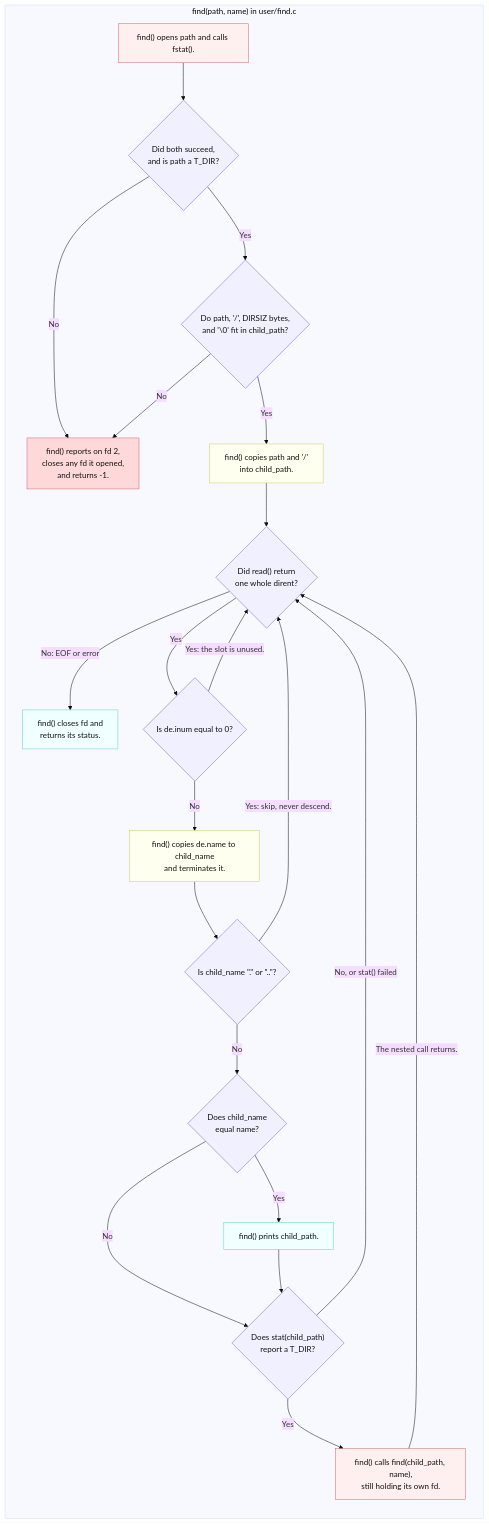
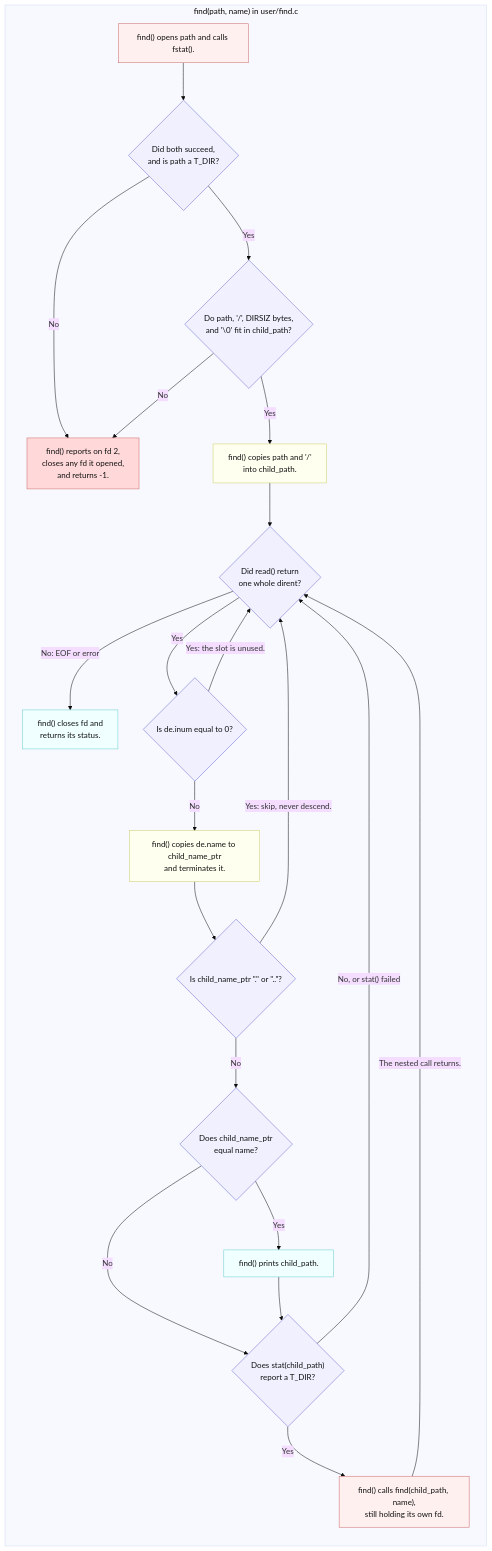
One commit to cv47522/xv6-riscv changed the second of 2 diagrams in docs/labs/04-util-find.md. Above: the diagram before and after it, drawn with Mermaid (base theme). The commit also changed other lines of this file and 3 other files, not shown here.

````diff
--- a/docs/labs/04-util-find.md
+++ b/docs/labs/04-util-find.md
@@ -359,35 +359,35 @@
 ```mermaid
 flowchart TD
     subgraph F["find(path, name) in user/find.c"]
         direction TB
         A["find() opens path and calls fstat()."] --> B{"Did both succeed,<br/>and is path a T_DIR?"}
         B -->|No| X["find() reports on fd 2,<br/>closes any fd it opened,<br/>and returns -1."]
         B -->|Yes| C{"Do path, '/', DIRSIZ bytes,<br/>and '\0' fit in child_path?"}
         C -->|No| X
         C -->|Yes| D["find() copies path and '/'<br/>into child_path."]
         D --> E{"Did read() return<br/>one whole dirent?"}
         E -->|"No: EOF or error"| Z["find() closes fd and<br/>returns its status."]
         E -->|Yes| G{"Is de.inum equal to 0?"}
         G -->|"Yes: the slot is unused."| E
-        G -->|No| H["find() copies de.name to child_name<br/>and terminates it."]
-        H --> I{"Is child_name #quot;.#quot; or #quot;..#quot;?"}
+        G -->|No| H["find() copies de.name to child_name_ptr<br/>and terminates it."]
+        H --> I{"Is child_name_ptr #quot;.#quot; or #quot;..#quot;?"}
         I -->|"Yes: skip, never descend."| E
-        I -->|No| J{"Does child_name<br/>equal name?"}
+        I -->|No| J{"Does child_name_ptr<br/>equal name?"}
         J -->|Yes| K["find() prints child_path."]
         J -->|No| L
         K --> L{"Does stat(child_path)<br/>report a T_DIR?"}
         L -->|"No, or stat() failed"| E
         L -->|Yes| R["find() calls find(child_path, name),<br/>still holding its own fd."]
         R -->|"The nested call returns."| E
     end
     classDef request fill:#fff0f0,stroke:#c66,color:#111
     classDef routing fill:#f0f0ff,stroke:#66c,color:#111
     classDef processing fill:#fffff0,stroke:#cc6,color:#111
     classDef commit fill:#f0ffff,stroke:#6cc,color:#111
     classDef failure fill:#ffd9d9,stroke:#c66,color:#111
     class A,R request
     class B,C,E,G,I,J,L routing
     class D,H processing
     class K,Z commit
     class X failure
 ```
````
